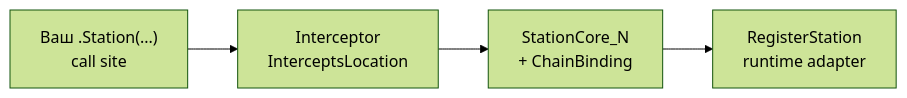
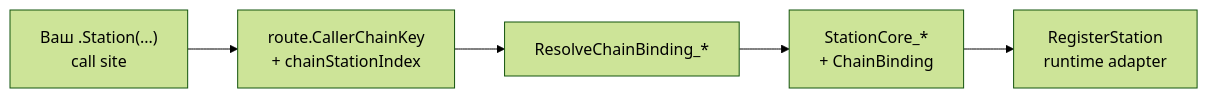
Before and after one commit to moragfullrest-cmyk/TrainOP: the seventh of 8 diagrams in docs/architecture-internals.md, drawn with Mermaid (forest theme). The commit also changed other lines of this file and 180 other files, not shown here.

````diff
--- a/docs/architecture-internals.md
+++ b/docs/architecture-internals.md
@@ -237,6 +495,7 @@
 ```mermaid
 flowchart LR
-  Call["Ваш .Station(...)\ncall site"] --> Ix["Interceptor\nInterceptsLocation"]
-  Ix --> Core["StationCore_N\n+ ChainBinding"]
+  Call["Ваш .Station(...)\ncall site"] --> Key["route.CallerChainKey\n+ chainStationIndex"]
+  Key --> Resolve["ResolveChainBinding_*"]
+  Resolve --> Core["StationCore_*\n+ ChainBinding"]
   Core --> Reg["RegisterStation\nruntime adapter"]
 ```
````
